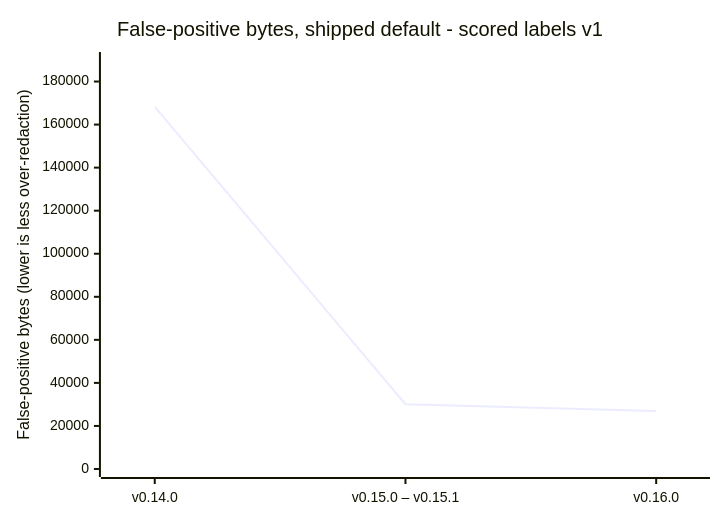
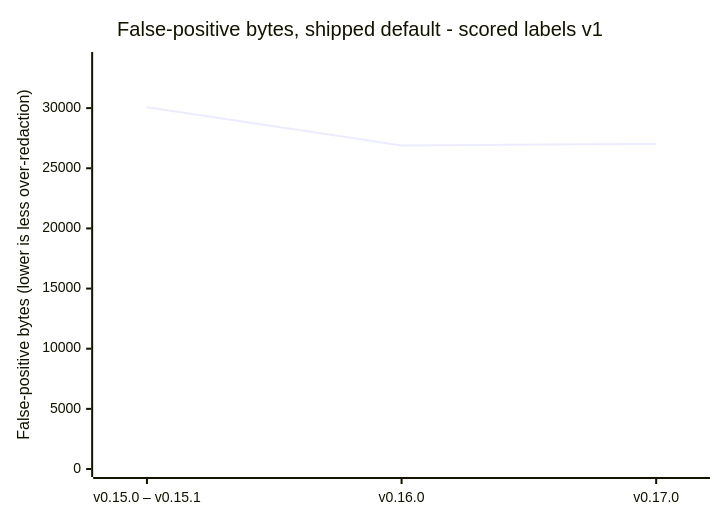
Before and after one commit to CertaMesh/gaze: diagram 12 of 12 in docs/reference/benchmarks/README.md, drawn with Mermaid. The commit also changed other lines of this file and 26 other files, not shown here.

````diff
--- a/docs/reference/benchmarks/README.md
+++ b/docs/reference/benchmarks/README.md
@@ -605,7 +692,7 @@
 ```mermaid
 xychart-beta
     title "False-positive bytes, shipped default - scored labels v1"
-    x-axis ["v0.14.0", "v0.15.0 – v0.15.1", "v0.16.0"]
-    y-axis "False-positive bytes (lower is less over-redaction)" 0 --> 190000
-    line [168276, 30073, 26902]
+    x-axis ["v0.15.0 – v0.15.1", "v0.16.0", "v0.17.0"]
+    y-axis "False-positive bytes (lower is less over-redaction)" 0 --> 34000
+    line [30073, 26902, 27021]
 ```
````
